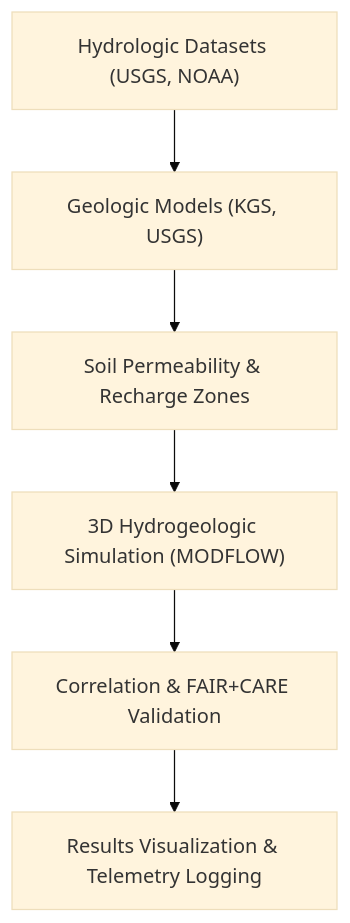
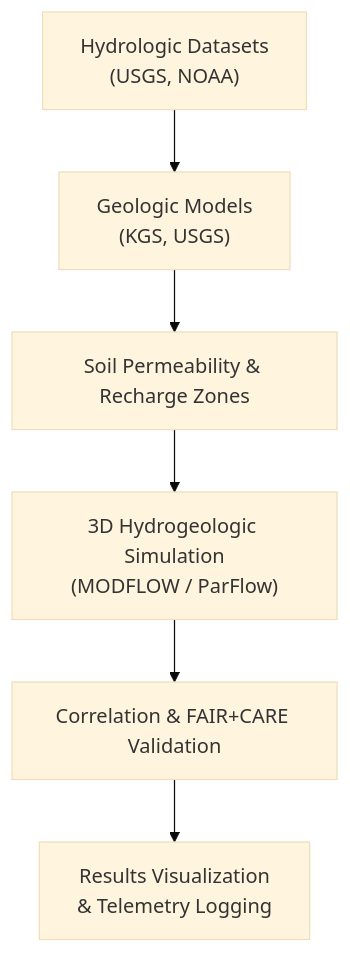
Before and after one commit to bartytime4life/Kansas-Frontier-Matrix: the diagram in docs/analyses/cross-domain/hydro-geo-interactions.md, drawn with Mermaid (base theme). The commit also changed other lines of this file, not shown here.

````diff
--- a/docs/analyses/cross-domain/hydro-geo-interactions.md
+++ b/docs/analyses/cross-domain/hydro-geo-interactions.md
@@ -152,8 +385,8 @@
-```mermaid
+~~~mermaid
 flowchart TD
-A["Hydrologic Datasets (USGS, NOAA)"] --> B["Geologic Models (KGS, USGS)"]
-B --> C["Soil Permeability & Recharge Zones"]
-C --> D["3D Hydrogeologic Simulation (MODFLOW)"]
-D --> E["Correlation & FAIR+CARE Validation"]
-E --> F["Results Visualization & Telemetry Logging"]
-```
+    A["Hydrologic Datasets<br/>(USGS, NOAA)"] --> B["Geologic Models<br/>(KGS, USGS)"]
+    B --> C["Soil Permeability & Recharge Zones"]
+    C --> D["3D Hydrogeologic Simulation<br/>(MODFLOW / ParFlow)"]
+    D --> E["Correlation & FAIR+CARE Validation"]
+    E --> F["Results Visualization<br/>& Telemetry Logging"]
+~~~
````
